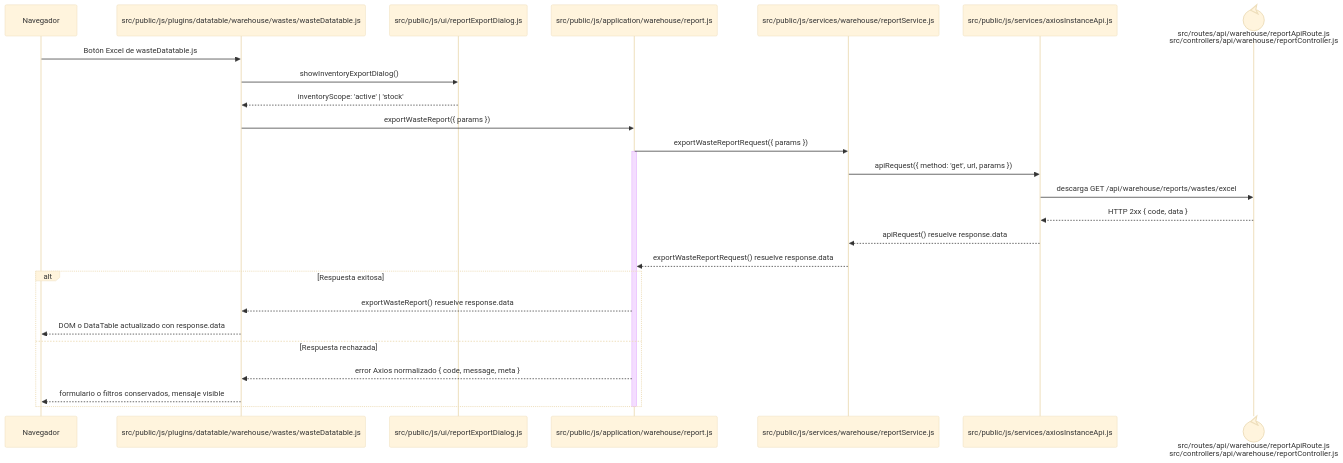
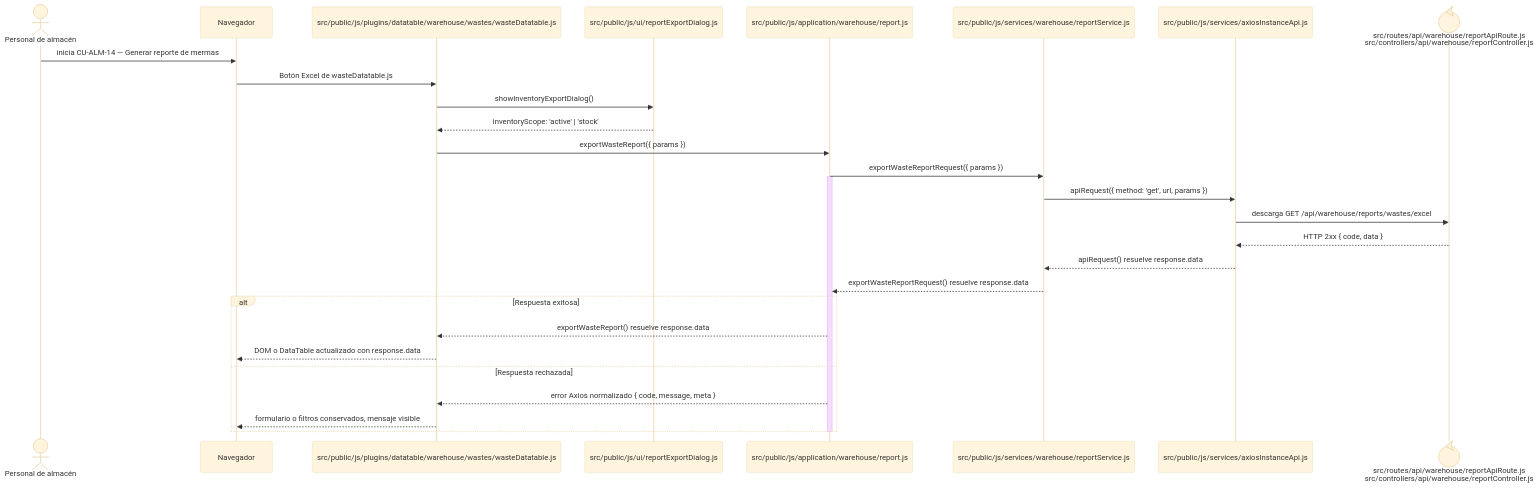
The diagram in docs/architecture/frontend-code-sequences/catalogs/cu-alm-14.md (gpgsistemas01/nexus), drawn with Mermaid (base theme) before and after one commit. The commit also changed 105 other files, not shown here.

````diff
--- a/docs/architecture/frontend-code-sequences/catalogs/cu-alm-14.md
+++ b/docs/architecture/frontend-code-sequences/catalogs/cu-alm-14.md
@@ -6,30 +6,32 @@
 ```mermaid
 sequenceDiagram
+    actor Initiator as Personal de almacén
     participant Browser as Navegador
     participant View as src/public/js/plugins/datatable/warehouse/wastes/wasteDatatable.js
     participant Dialog as src/public/js/ui/reportExportDialog.js
     participant Application as src/public/js/application/warehouse/report.js
     participant Request as src/public/js/services/warehouse/reportService.js
     participant HTTP as src/public/js/services/axiosInstanceApi.js
     participant Transport@{ "type": "control" } as src/routes/api/warehouse/reportApiRoute.js<br/>src/controllers/api/warehouse/reportController.js
 
+    Initiator->>Browser: inicia CU-ALM-14 — Generar reporte de mermas
     Browser->>View: Botón Excel de wasteDatatable.js
     View->>Dialog: showInventoryExportDialog()
     Dialog-->>View: inventoryScope: 'active' | 'stock'
     View->>Application: exportWasteReport({ params })
     Application->>Request: exportWasteReportRequest({ params })
     activate Application
     Request->>HTTP: apiRequest({ method: 'get', url, params })
     HTTP->>Transport: descarga GET /api/warehouse/reports/wastes/excel
     Transport-->>HTTP: HTTP 2xx { code, data }
     HTTP-->>Request: apiRequest() resuelve response.data
     Request-->>Application: exportWasteReportRequest() resuelve response.data
     alt Respuesta exitosa
         Application-->>View: exportWasteReport() resuelve response.data
         View-->>Browser: DOM o DataTable actualizado con response.data
     else Respuesta rechazada
         Application-->>View: error Axios normalizado { code, message, meta }
         View-->>Browser: formulario o filtros conservados, mensaje visible
     end
     deactivate Application
 ```
````
